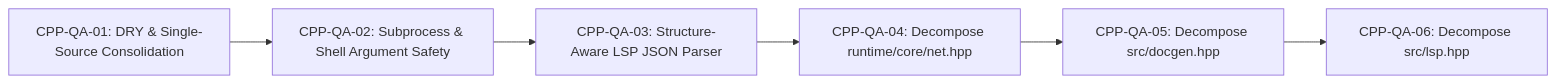
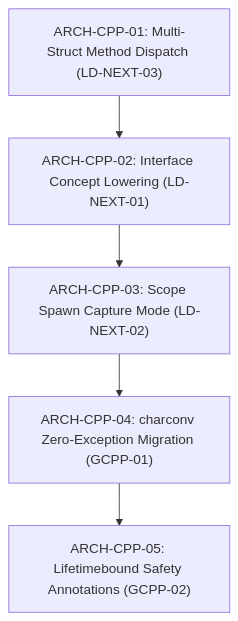
The diagram in docs/planning/architectural-backlog.md (gsandoval/cfire), drawn with Mermaid before and after one commit. The commit also changed other lines of this file and 11 other files, not shown here.

First line of the commit message:
feat(arch): implement Google C++ best practices and language design items ARCH-CPP-01..05

````diff
--- a/docs/planning/architectural-backlog.md
+++ b/docs/planning/architectural-backlog.md
@@ -11,8 +11,7 @@
 ```mermaid
-flowchart LR
-    QA01["CPP-QA-01: DRY & Single-Source Consolidation"] --> QA02["CPP-QA-02: Subprocess & Shell Argument Safety"]
-    QA02 --> QA03["CPP-QA-03: Structure-Aware LSP JSON Parser"]
-    QA03 --> QA04["CPP-QA-04: Decompose runtime/core/net.hpp"]
-    QA04 --> QA05["CPP-QA-05: Decompose src/docgen.hpp"]
-    QA05 --> QA06["CPP-QA-06: Decompose src/lsp.hpp"]
+flowchart TD
+    AC01["ARCH-CPP-01: Multi-Struct Method Dispatch (LD-NEXT-03)"] --> AC02["ARCH-CPP-02: Interface Concept Lowering (LD-NEXT-01)"]
+    AC02 --> AC03["ARCH-CPP-03: Scope Spawn Capture Mode (LD-NEXT-02)"]
+    AC03 --> AC04["ARCH-CPP-04: charconv Zero-Exception Migration (GCPP-01)"]
+    AC04 --> AC05["ARCH-CPP-05: Lifetimebound Safety Annotations (GCPP-02)"]
 ```
````
